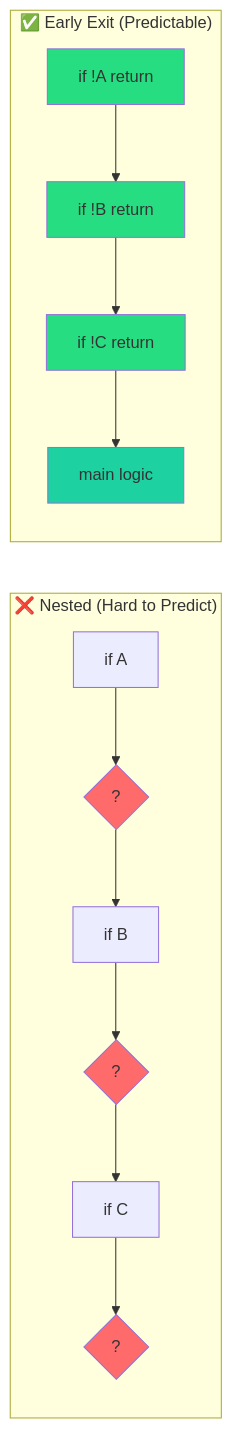
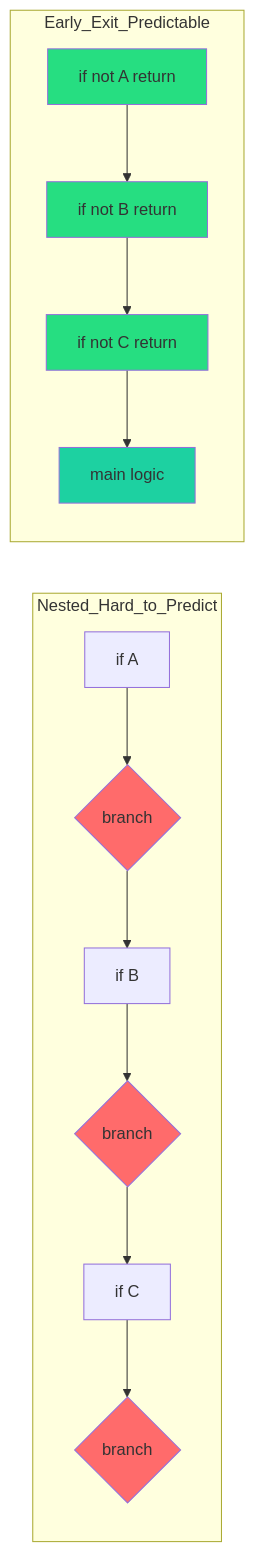
The sixth of 8 diagrams in 02-early-exit-pattern.md (IAFahim/data-oriented-design-standards), drawn with Mermaid before and after one commit. The commit also changed other lines of this file and 1 other file, not shown here.

````diff
--- a/02-early-exit-pattern.md
+++ b/02-early-exit-pattern.md
@@ -581,25 +583,25 @@
 ```mermaid
 graph LR
-    subgraph "❌ Nested (Hard to Predict)"
-        N1[if A] --> N2{?}
+    subgraph Nested_Hard_to_Predict
+        N1[if A] --> N2{branch}
         N2 --> N3[if B]
-        N3 --> N4{?}
+        N3 --> N4{branch}
         N4 --> N5[if C]
-        N5 --> N6{?}
+        N5 --> N6{branch}
         
         style N2 fill:#ff6b6b
         style N4 fill:#ff6b6b
         style N6 fill:#ff6b6b
     end
     
-    subgraph "✅ Early Exit (Predictable)"
-        E1[if !A return] --> E2[if !B return]
-        E2 --> E3[if !C return]
+    subgraph Early_Exit_Predictable
+        E1[if not A return] --> E2[if not B return]
+        E2 --> E3[if not C return]
         E3 --> E4[main logic]
         
         style E1 fill:#26de81
         style E2 fill:#26de81
         style E3 fill:#26de81
         style E4 fill:#1dd1a1
     end
 ```
````
